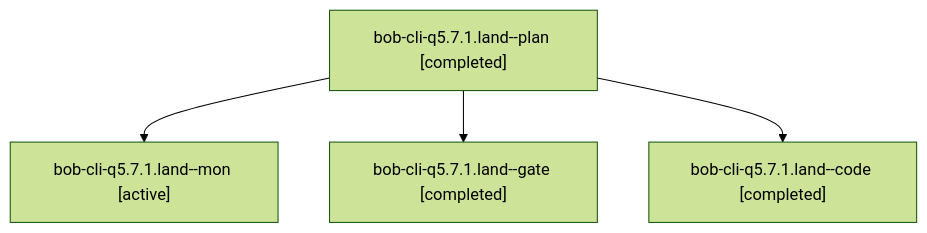
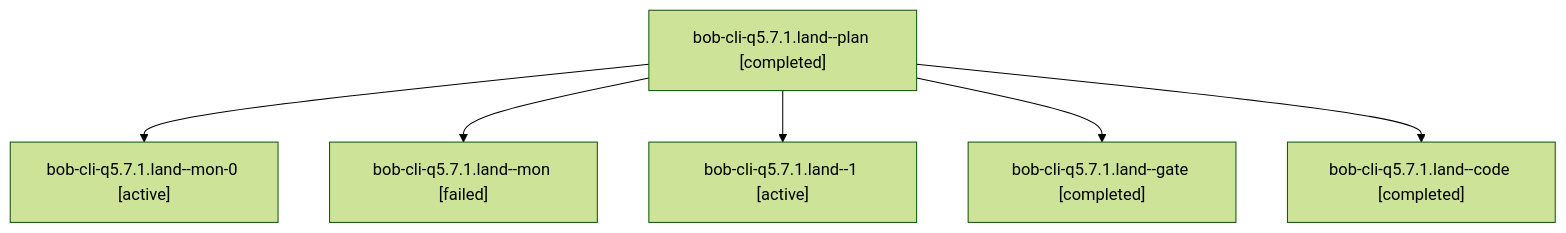
One commit to bobs-org/bob-cli--agents changed the diagram in sessions/bbugyi200.athena.bob-cli-q5.7.1.land.md. Above: the diagram before and after it, drawn with Mermaid (forest theme). The commit also changed other lines of this file and 140 other files, not shown here.

````diff
--- a/sessions/bbugyi200.athena.bob-cli-q5.7.1.land.md
+++ b/sessions/bbugyi200.athena.bob-cli-q5.7.1.land.md
@@ -9,10 +9,14 @@
 ```mermaid
 flowchart TD
   n0["bob-cli-q5.7.1.land--plan [completed]"]
-  n1["bob-cli-q5.7.1.land--mon [active]"]
+  n1["bob-cli-q5.7.1.land--mon-0 [active]"]
   n0 --> n1
-  n2["bob-cli-q5.7.1.land--gate [completed]"]
+  n2["bob-cli-q5.7.1.land--mon [failed]"]
   n0 --> n2
-  n3["bob-cli-q5.7.1.land--code [completed]"]
+  n3["bob-cli-q5.7.1.land--1 [active]"]
   n0 --> n3
+  n4["bob-cli-q5.7.1.land--gate [completed]"]
+  n0 --> n4
+  n5["bob-cli-q5.7.1.land--code [completed]"]
+  n0 --> n5
 ```
````
